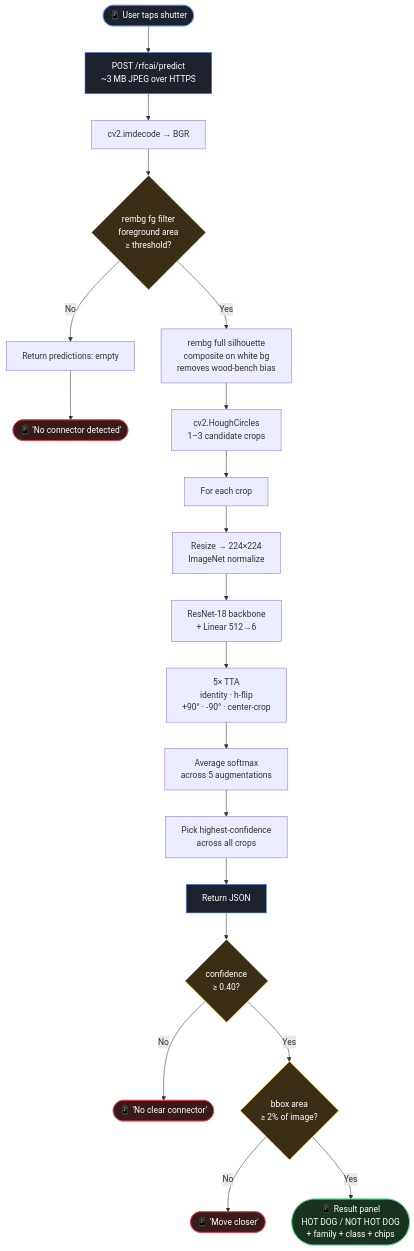
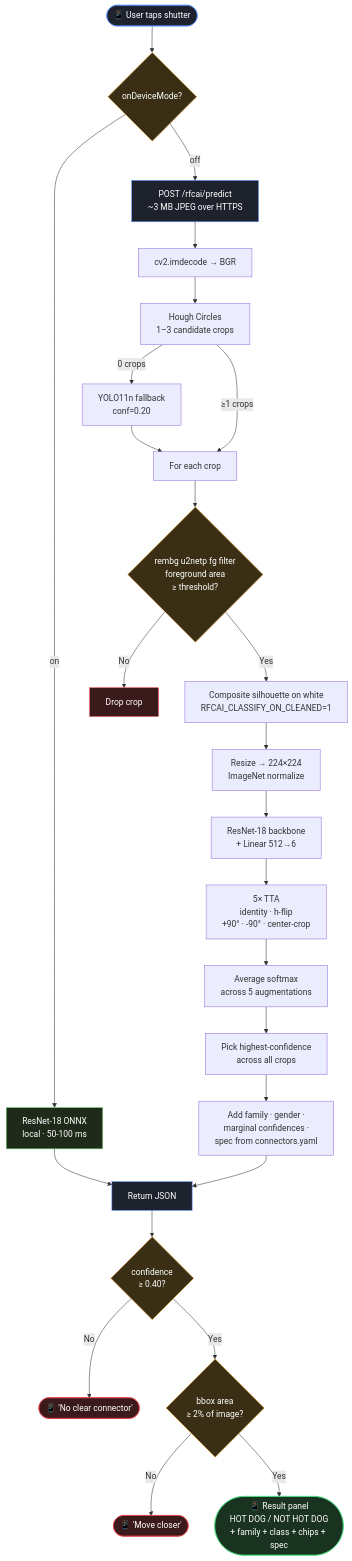
The first of 3 diagrams in training/docs/architecture.md (probably-on-fire/hotdogornot), drawn with Mermaid before and after one commit. The commit also changed other lines of this file and 4 other files, not shown here.

````diff
--- a/training/docs/architecture.md
+++ b/training/docs/architecture.md
@@ -46,34 +46,41 @@
 ```mermaid
 flowchart TD
-    Start([📱 User taps shutter]) --> Upload[POST /rfcai/predict<br/>~3 MB JPEG over HTTPS]
+    Start([📱 User taps shutter]) --> Branch{onDeviceMode?}
+
+    Branch -->|on| OnDeviceNet[ResNet-18 ONNX<br/>local · 50-100 ms]
+    OnDeviceNet --> JSON
+
+    Branch -->|off| Upload[POST /rfcai/predict<br/>~3 MB JPEG over HTTPS]
     Upload --> Decode[cv2.imdecode → BGR]
-
-    Decode --> FGFilter{rembg fg filter<br/>foreground area<br/>≥ threshold?}
-    FGFilter -->|No| EmptyResp[Return predictions: empty]
-    EmptyResp --> NoConnector([📱 'No connector detected'])
-
-    FGFilter -->|Yes| Composite[rembg full silhouette<br/>composite on white bg<br/>removes wood-bench bias]
-    Composite --> Hough[cv2.HoughCircles<br/>1–3 candidate crops]
-    Hough --> EachCrop[For each crop]
-    EachCrop --> Resize[Resize → 224×224<br/>ImageNet normalize]
+    Decode --> Hough[Hough Circles<br/>1–3 candidate crops]
+    Hough -->|0 crops| YoloFallback[YOLO11n fallback<br/>conf=0.20]
+    YoloFallback --> EachCrop
+    Hough -->|≥1 crops| EachCrop[For each crop]
+    EachCrop --> FGFilter{rembg u2netp fg filter<br/>foreground area<br/>≥ threshold?}
+    FGFilter -->|No| EmptyResp[Drop crop]
+    FGFilter -->|Yes| Composite[Composite silhouette on white<br/>RFCAI_CLASSIFY_ON_CLEANED=1]
+    Composite --> Resize[Resize → 224×224<br/>ImageNet normalize]
     Resize --> Model[ResNet-18 backbone<br/>+ Linear 512→6]
     Model --> TTA[5× TTA<br/>identity · h-flip<br/>+90° · -90° · center-crop]
     TTA --> Avg[Average softmax<br/>across 5 augmentations]
     Avg --> Rank[Pick highest-confidence<br/>across all crops]
-    Rank --> JSON[Return JSON]
+    Rank --> Enrich[Add family · gender ·<br/>marginal confidences ·<br/>spec from connectors.yaml]
+    Enrich --> JSON[Return JSON]
 
     JSON --> Gate1{confidence<br/>≥ 0.40?}
     Gate1 -->|No| LowConf([📱 'No clear connector'])
     Gate1 -->|Yes| Gate2{bbox area<br/>≥ 2% of image?}
     Gate2 -->|No| TooSmall([📱 'Move closer'])
-    Gate2 -->|Yes| Result([📱 Result panel<br/>HOT DOG / NOT HOT DOG<br/>+ family + class + chips])
+    Gate2 -->|Yes| Result([📱 Result panel<br/>HOT DOG / NOT HOT DOG<br/>+ family + class + chips + spec])
 
     classDef phone fill:#1d222c,stroke:#4f8cff,color:#fff
     classDef decision fill:#3a2f15,stroke:#ffb347,color:#fff
     classDef terminal fill:#1a3320,stroke:#4ade80,color:#fff
     classDef reject fill:#3a1a1a,stroke:#e63946,color:#fff
-    class Start,Upload,JSON phone
-    class FGFilter,Gate1,Gate2 decision
+    classDef ondevice fill:#1f2a1a,stroke:#7be07b,color:#fff
+    class Start,Upload,JSON,OnDeviceNet phone
+    class Branch,FGFilter,Gate1,Gate2 decision
     class Result terminal
-    class NoConnector,LowConf,TooSmall reject
+    class LowConf,TooSmall,EmptyResp reject
+    class OnDeviceNet ondevice
 ```
````
